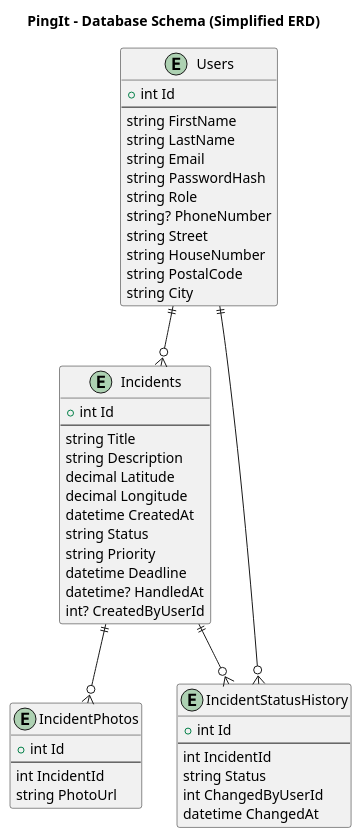
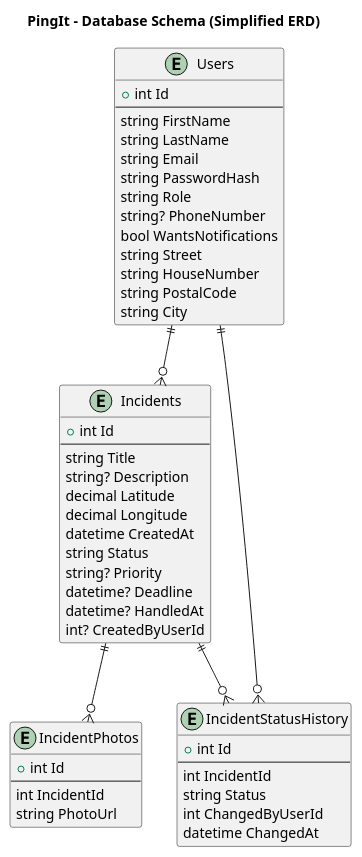
One commit to gerjanvdoever/PingIt changed the diagram in Docs/ClassDiagram.puml. Above: the diagram before and after it, drawn with PlantUML. The commit also changed 14 other files, not shown here.

```diff
--- a/Docs/ClassDiagram.puml
+++ b/Docs/ClassDiagram.puml
@@ -1,56 +1,57 @@
 @startuml
 title PingIt - Database Schema (Simplified ERD)
 
 
 entity Users {
   +int Id
   --
   string FirstName
   string LastName
   string Email
   string PasswordHash
   string Role
   string? PhoneNumber
+  bool WantsNotifications
   string Street
   string HouseNumber
   string PostalCode
   string City
 }
 
 entity Incidents {
   +int Id
   --
   string Title
-  string Description
+  string? Description
   decimal Latitude
   decimal Longitude
   datetime CreatedAt
   string Status
-  string Priority
-  datetime Deadline
+  string? Priority
+  datetime? Deadline
   datetime? HandledAt
   int? CreatedByUserId
 }
 
 entity IncidentPhotos {
   +int Id
   --
   int IncidentId
   string PhotoUrl
 }
 
 entity IncidentStatusHistory {
   +int Id
   --
   int IncidentId
   string Status
   int ChangedByUserId
   datetime ChangedAt
 }
 
 ' RELATIONS
 Users ||--o{ Incidents
 Users ||--o{ IncidentStatusHistory
 Incidents ||--o{ IncidentPhotos
 Incidents ||--o{ IncidentStatusHistory
 @enduml
```
